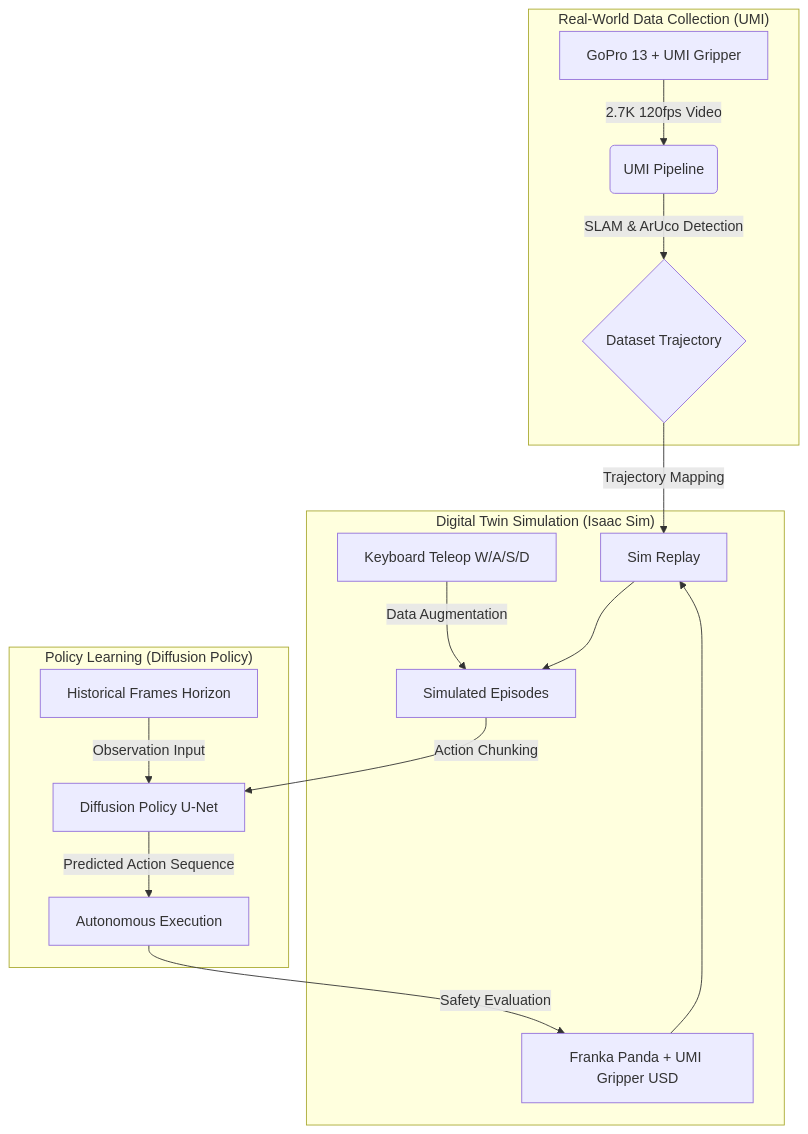
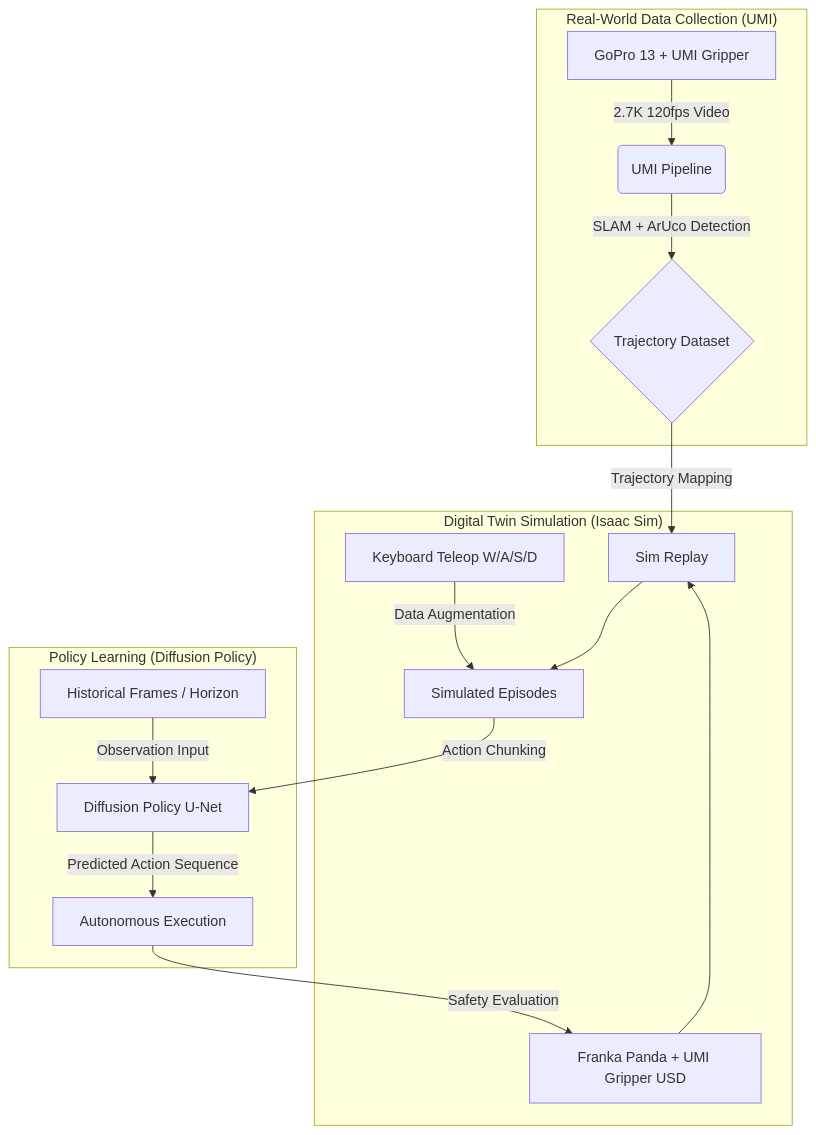
The diagram in README.md (wenny2377/Robot-Imitation-Learning-Workshop), drawn with Mermaid before and after one commit. The commit also changed other lines of this file, not shown here.

````diff
--- a/README.md
+++ b/README.md
@@ -155,26 +73,22 @@
 ```mermaid
 graph TD
-    %% 現實數據採集層
     subgraph Real_World ["Real-World Data Collection (UMI)"]
         A[GoPro 13 + UMI Gripper] -->|2.7K 120fps Video| B(UMI Pipeline)
-        B -->|SLAM & ArUco Detection| C{Dataset Trajectory}
+        B -->|SLAM + ArUco Detection| C{Trajectory Dataset}
     end
 
-    %% 模擬與資料增廣層
     subgraph Simulation ["Digital Twin Simulation (Isaac Sim)"]
         D[Franka Panda + UMI Gripper USD] --> E[Sim Replay]
         C -->|Trajectory Mapping| E
         F[Keyboard Teleop W/A/S/D] -->|Data Augmentation| G[Simulated Episodes]
         E --> G
     end
 
-    %% 模型訓練層
     subgraph Learning ["Policy Learning (Diffusion Policy)"]
         G -->|Action Chunking| H[Diffusion Policy U-Net]
-        I[Historical Frames Horizon] -->|Observation Input| H
+        I[Historical Frames / Horizon] -->|Observation Input| H
         H -->|Predicted Action Sequence| J[Autonomous Execution]
     end
 
-    %% 關聯與回饋
     J -->|Safety Evaluation| D
 ```
````
